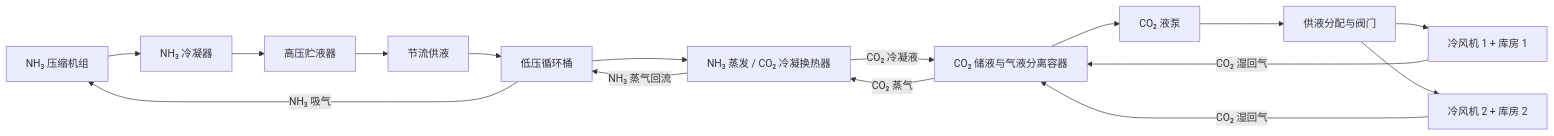
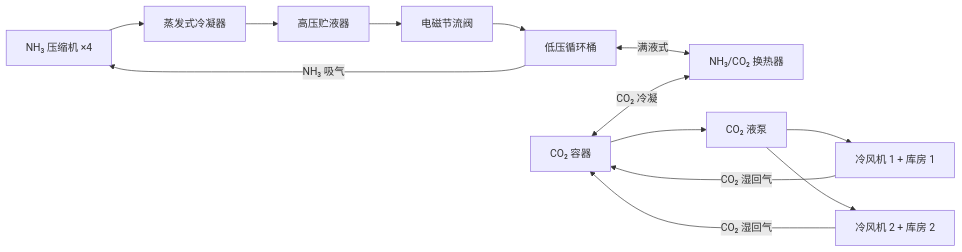
The second of 2 diagrams in fluidnet-prototype-engine/cases/cold-storage/PLAN.md (kongbaifan/fluidnet), drawn with Mermaid before and after one commit. The commit also changed other lines of this file and 7 other files, not shown here.

````diff
--- a/fluidnet-prototype-engine/cases/cold-storage/PLAN.md
+++ b/fluidnet-prototype-engine/cases/cold-storage/PLAN.md
@@ -311,18 +311,15 @@
 ```mermaid
 flowchart LR
-  NH3COMP[NH₃ 压缩机组] --> NH3COND[NH₃ 冷凝器]
+  NH3COMP[NH₃ 压缩机 ×4] --> NH3COND[蒸发式冷凝器]
   NH3COND --> NH3REC[高压贮液器]
-  NH3REC --> NH3FEED[节流供液]
+  NH3REC --> NH3FEED[电磁节流阀]
   NH3FEED --> NH3DRUM[低压循环桶]
-  NH3DRUM --> HX[NH₃ 蒸发 / CO₂ 冷凝换热器]
-  HX -->|NH₃ 蒸气回流| NH3DRUM
+  NH3DRUM <-->|满液式| HX[NH₃/CO₂ 换热器]
   NH3DRUM -->|NH₃ 吸气| NH3COMP
-  CO2DRUM[CO₂ 储液与气液分离容器] --> PUMP[CO₂ 液泵]
-  PUMP --> BRANCH[供液分配与阀门]
-  BRANCH --> COIL1[冷风机 1 + 库房 1]
-  BRANCH --> COIL2[冷风机 2 + 库房 2]
+  CO2DRUM[CO₂ 容器] --> PUMP[CO₂ 液泵]
+  PUMP --> COIL1[冷风机 1 + 库房 1]
+  PUMP --> COIL2[冷风机 2 + 库房 2]
   COIL1 -->|CO₂ 湿回气| CO2DRUM
   COIL2 -->|CO₂ 湿回气| CO2DRUM
-  CO2DRUM -->|CO₂ 蒸气| HX
-  HX -->|CO₂ 冷凝液| CO2DRUM
+  CO2DRUM <-->|CO₂ 冷凝| HX
 ```
````
